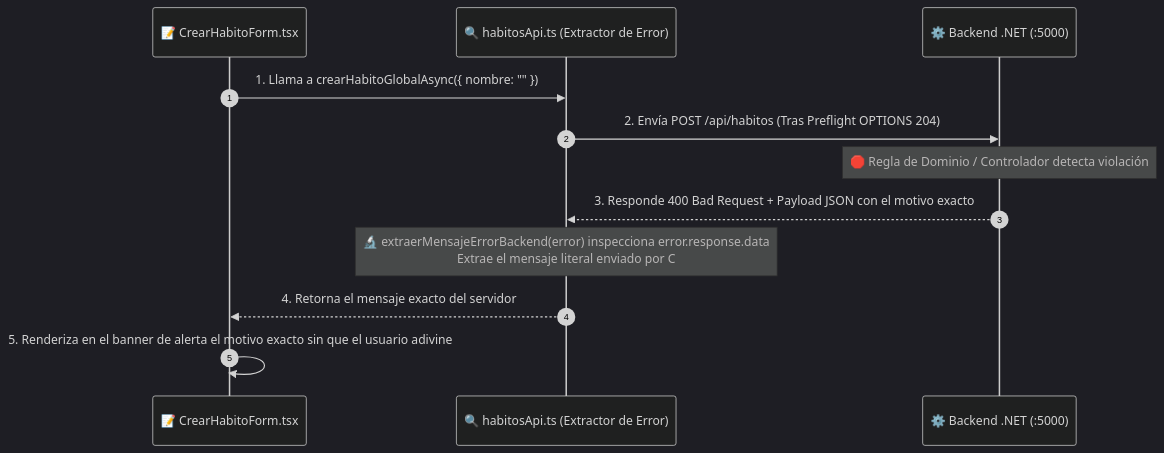
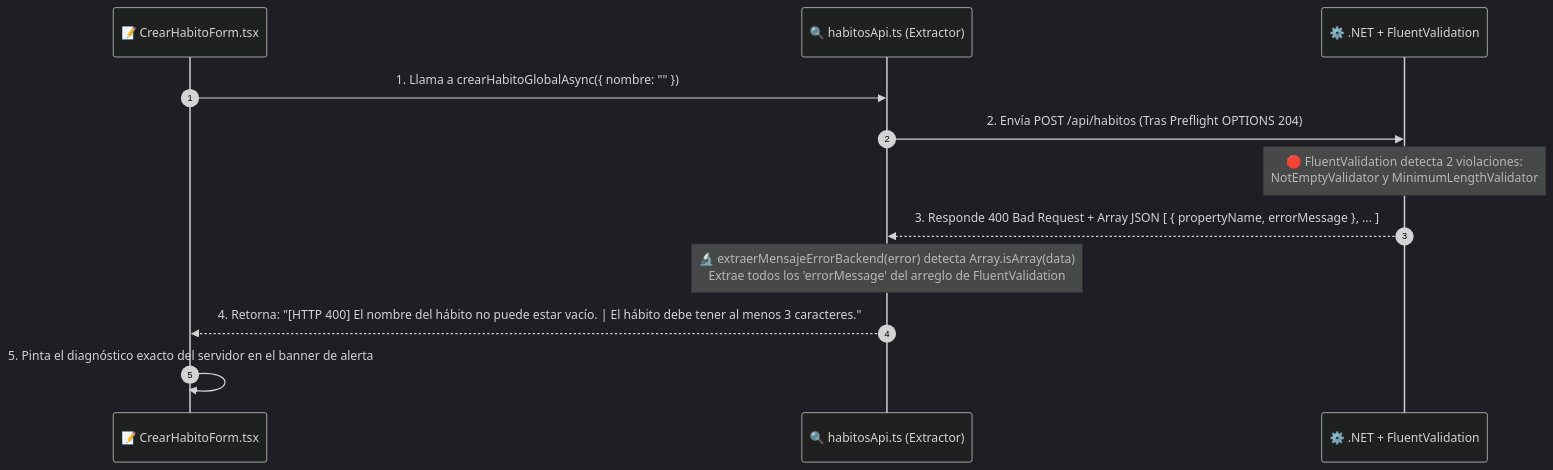
Before and after one commit to ConsSorto/ConsSorto.github.io: the second of 3 diagrams in is-912/fase-2/16.md, drawn with Mermaid. The commit also changed other lines of this file and 1 other file, not shown here.

Commit message:
docs: update class 16 to properly mention FluentValidation

````diff
--- a/is-912/fase-2/16.md
+++ b/is-912/fase-2/16.md
@@ -60,16 +77,16 @@
 ```mermaid
 %%{init: {'theme': 'dark', 'themeVariables': { 'lineColor': '#BB86FC', 'primaryColor': '#3700B3', 'nodeBorder': '#03DAC6' }}}%%
 sequenceDiagram
     autonumber
     participant Form as 📝 CrearHabitoForm.tsx
-    participant Api as 🔍 habitosApi.ts (Extractor de Error)
-    participant Net as ⚙️ Backend .NET (:5000)
+    participant Api as 🔍 habitosApi.ts (Extractor)
+    participant Net as ⚙️️ .NET + FluentValidation
 
     Form->>Api: 1. Llama a crearHabitoGlobalAsync({ nombre: "" })
     Api->>Net: 2. Envía POST /api/habitos (Tras Preflight OPTIONS 204)
-    Note over Net: 🛑 Regla de Dominio / Controlador detecta violación
-    Net-->>Api: 3. Responde 400 Bad Request + Payload JSON con el motivo exacto
-    Note over Api: 🔬 extraerMensajeErrorBackend(error) inspecciona error.response.data <br/> Extrae el mensaje literal enviado por C# y el código HTTP
-    Api-->>Form: 4. Retorna el mensaje exacto del servidor
-    Form->>Form: 5. Renderiza en el banner de alerta el motivo exacto sin que el usuario adivine
+    Note over Net: 🛑 FluentValidation detecta 2 violaciones:<br/>NotEmptyValidator y MinimumLengthValidator
+    Net-->>Api: 3. Responde 400 Bad Request + Array JSON [ { propertyName, errorMessage }, ... ]
+    Note over Api: 🔬 extraerMensajeErrorBackend(error) detecta Array.isArray(data)<br/>Extrae todos los 'errorMessage' del arreglo de FluentValidation
+    Api-->>Form: 4. Retorna: "[HTTP 400] El nombre del hábito no puede estar vacío. | El hábito debe tener al menos 3 caracteres."
+    Form->>Form: 5. Pinta el diagnóstico exacto del servidor en el banner de alerta
 ```
````
